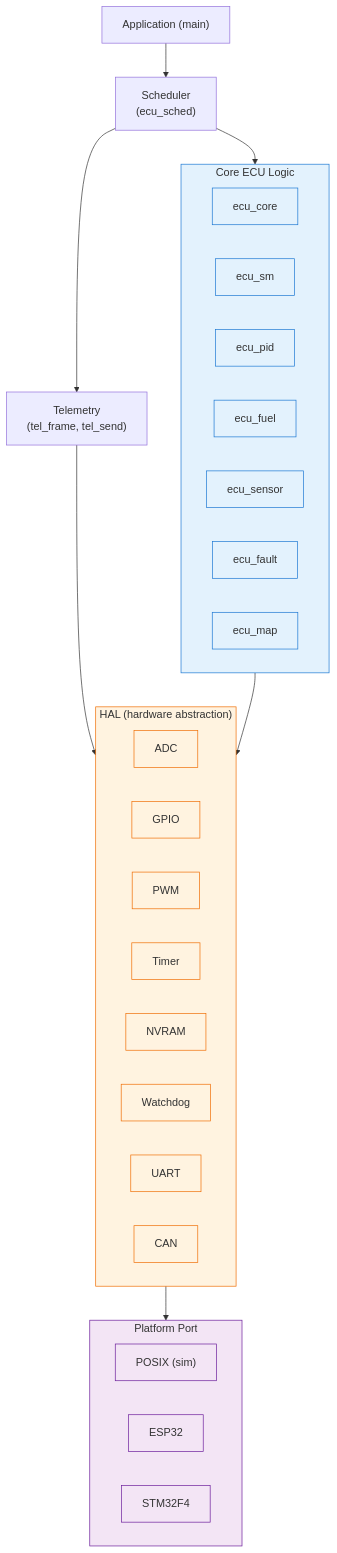
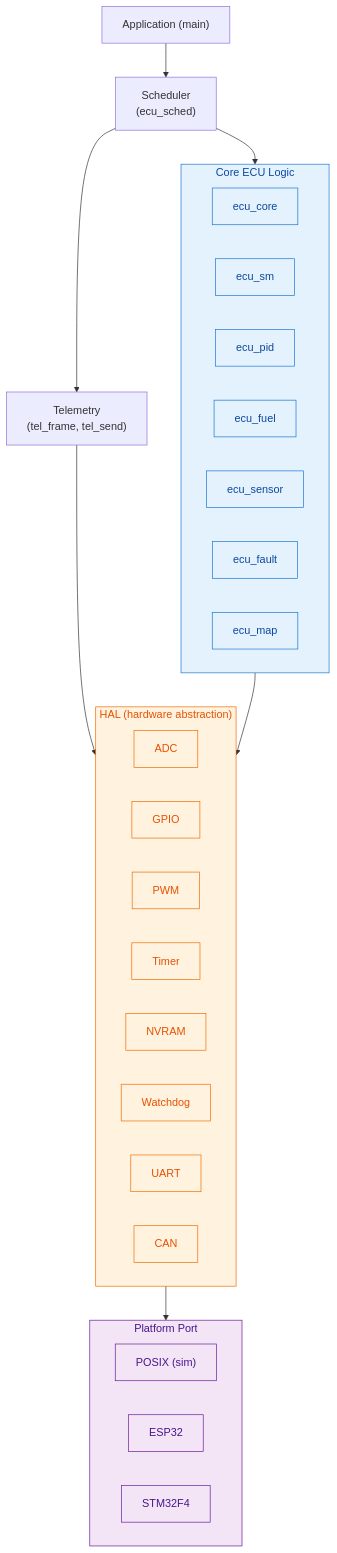
The first of 2 diagrams in doc/architecture/overview.rst (jakub-michalik/JetECU-Core), drawn with Mermaid before and after one commit. The commit also changed other lines of this file and 5 other files, not shown here.

First line of the commit message:
docs: fix Mermaid label readability on RTD theme

```diff
--- a/doc/architecture/overview.rst
+++ b/doc/architecture/overview.rst
@@ -10,47 +10,47 @@
 .. mermaid::
 
    flowchart TB
        App["Application (main)"]
        Sched["Scheduler<br/>(ecu_sched)"]
        Tel["Telemetry<br/>(tel_frame, tel_send)"]
        subgraph Core["Core ECU Logic"]
            direction LR
            ECU["ecu_core"]
            SM["ecu_sm"]
            PID["ecu_pid"]
            Fuel["ecu_fuel"]
            Sens["ecu_sensor"]
            Flt["ecu_fault"]
            Map["ecu_map"]
        end
        subgraph HAL["HAL (hardware abstraction)"]
            direction LR
            ADC["ADC"]
            GPIO["GPIO"]
            PWM["PWM"]
            Timer["Timer"]
            NVRAM["NVRAM"]
            WDT["Watchdog"]
            UART["UART"]
            CAN["CAN"]
        end
        subgraph Plat["Platform Port"]
            direction LR
            POSIX["POSIX (sim)"]
            ESP32["ESP32"]
            STM32["STM32F4"]
        end
 
        App --> Sched
        Sched --> Tel
        Sched --> Core
        Tel --> HAL
        Core --> HAL
        HAL --> Plat
 
-       classDef core fill:#e3f2fd,stroke:#1976d2,stroke-width:1px;
-       classDef hal  fill:#fff3e0,stroke:#ef6c00,stroke-width:1px;
-       classDef plat fill:#f3e5f5,stroke:#6a1b9a,stroke-width:1px;
+       classDef core fill:#e3f2fd,stroke:#1976d2,stroke-width:1px,color:#0d47a1;
+       classDef hal  fill:#fff3e0,stroke:#ef6c00,stroke-width:1px,color:#e65100;
+       classDef plat fill:#f3e5f5,stroke:#6a1b9a,stroke-width:1px,color:#4a148c;
        class Core,ECU,SM,PID,Fuel,Sens,Flt,Map core;
        class HAL,ADC,GPIO,PWM,Timer,NVRAM,WDT,UART,CAN hal;
        class Plat,POSIX,ESP32,STM32 plat;
```
